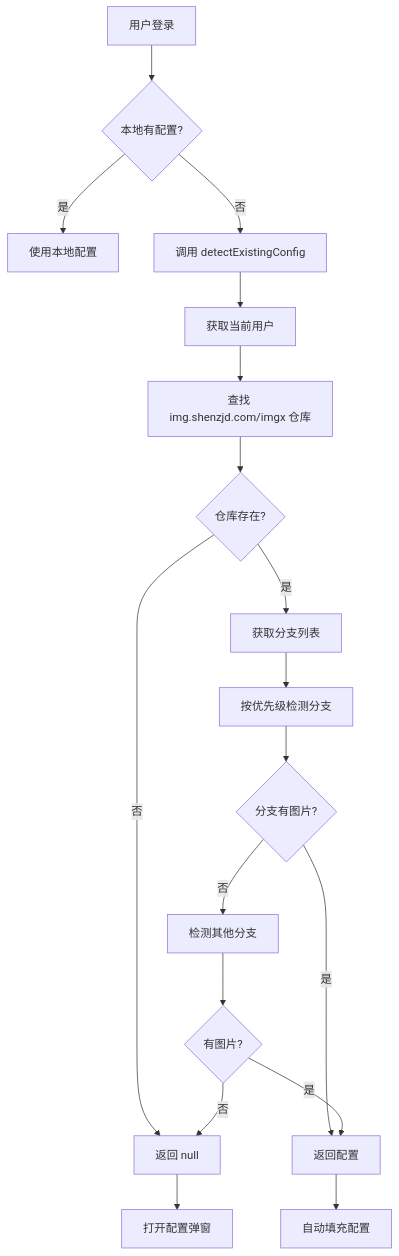
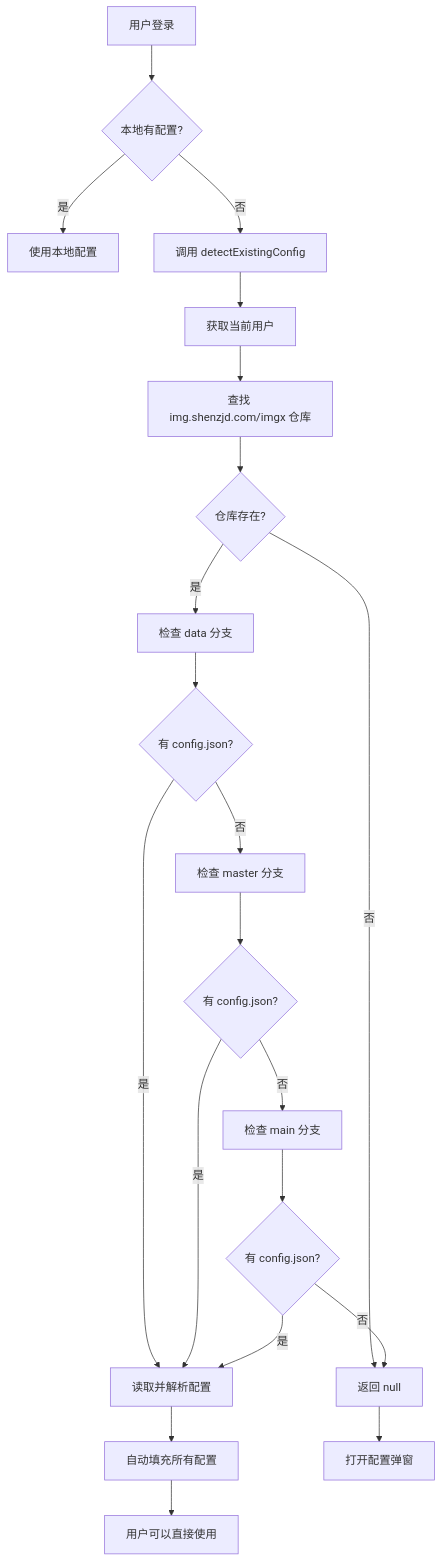
Before and after one commit to wu529778790/img.shenzjd.com: the diagram in docs/smart-config-detection.md, drawn with Mermaid. The commit also changed other lines of this file and 1 other file, not shown here.

First line of the commit message:
fix: 修正配置检测逻辑，检测配置文件而非图片

````diff
--- a/docs/smart-config-detection.md
+++ b/docs/smart-config-detection.md
@@ -102,20 +147,23 @@
 ```mermaid
 graph TD
     A[用户登录] --> B{本地有配置?}
     B -->|是| C[使用本地配置]
     B -->|否| D[调用 detectExistingConfig]
     D --> E[获取当前用户]
     E --> F[查找 img.shenzjd.com/imgx 仓库]
     F --> G{仓库存在?}
     G -->|否| H[返回 null]
-    G -->|是| I[获取分支列表]
-    I --> J[按优先级检测分支]
-    J --> K{分支有图片?}
-    K -->|是| L[返回配置]
-    K -->|否| M[检测其他分支]
-    M --> N{有图片?}
-    N -->|是| L
-    N -->|否| H
-    L --> O[自动填充配置]
-    H --> P[打开配置弹窗]
+    G -->|是| I[检查 data 分支]
+    I --> J{有 config.json?}
+    J -->|是| K[读取并解析配置]
+    J -->|否| L[检查 master 分支]
+    L --> M{有 config.json?}
+    M -->|是| K
+    M -->|否| N[检查 main 分支]
+    N --> O{有 config.json?}
+    O -->|是| K
+    O -->|否| H
+    K --> P[自动填充所有配置]
+    H --> Q[打开配置弹窗]
+    P --> R[用户可以直接使用]
 ```
````
